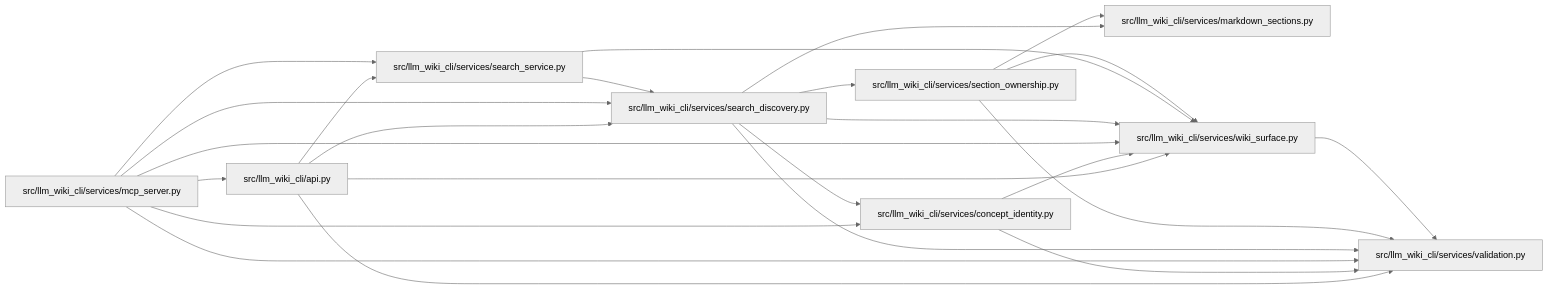
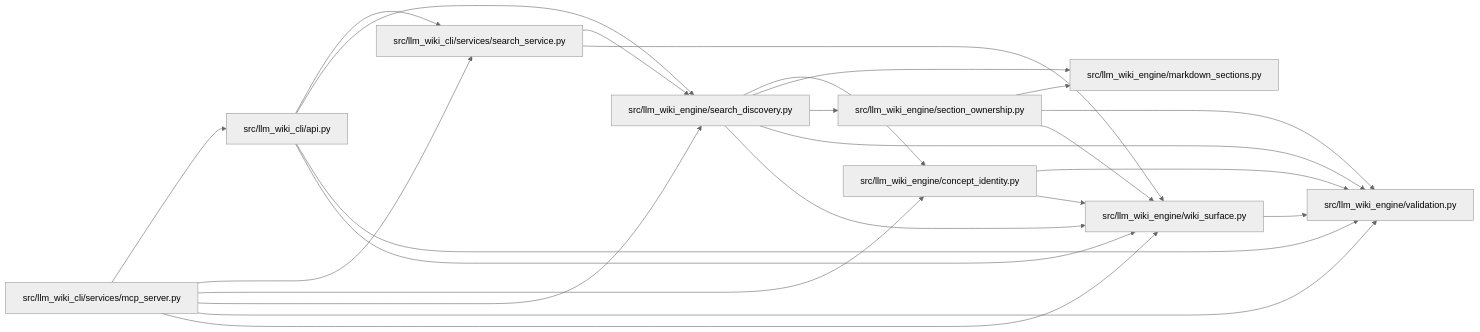
The diagram in docs/llm_wiki/modules/search_discovery.md (Denissvgn/python-wiki-llm), drawn with Mermaid (neutral theme) before and after one commit. The commit also changed other lines of this file and 1103 other files, not shown here.

First line of the commit message:
docs: refresh the wiki for the llm-wiki-engine distribution

````diff
--- a/docs/llm_wiki/modules/search_discovery.md
+++ b/docs/llm_wiki/modules/search_discovery.md
@@ -29,44 +29,44 @@
 ```mermaid
 flowchart LR
     n0["src/llm_wiki_cli/api.py"]
-    n1["src/llm_wiki_cli/services/concept_identity.py"]
-    n2["src/llm_wiki_cli/services/markdown_sections.py"]
-    n3["src/llm_wiki_cli/services/mcp_server.py"]
-    n4["src/llm_wiki_cli/services/search_discovery.py"]
-    n5["src/llm_wiki_cli/services/search_service.py"]
-    n6["src/llm_wiki_cli/services/section_ownership.py"]
-    n7["src/llm_wiki_cli/services/validation.py"]
-    n8["src/llm_wiki_cli/services/wiki_surface.py"]
-    n0 --> n4
+    n1["src/llm_wiki_cli/services/mcp_server.py"]
+    n2["src/llm_wiki_cli/services/search_service.py"]
+    n3["src/llm_wiki_engine/concept_identity.py"]
+    n4["src/llm_wiki_engine/markdown_sections.py"]
+    n5["src/llm_wiki_engine/search_discovery.py"]
+    n6["src/llm_wiki_engine/section_ownership.py"]
+    n7["src/llm_wiki_engine/validation.py"]
+    n8["src/llm_wiki_engine/wiki_surface.py"]
+    n0 --> n2
     n0 --> n5
     n0 --> n7
     n0 --> n8
+    n1 --> n0
+    n1 --> n2
+    n1 --> n3
+    n1 --> n5
     n1 --> n7
     n1 --> n8
-    n3 --> n0
-    n3 --> n1
-    n3 --> n4
-    n3 --> n5
+    n2 --> n5
+    n2 --> n8
     n3 --> n7
     n3 --> n8
-    n4 --> n1
-    n4 --> n2
-    n4 --> n6
-    n4 --> n7
-    n4 --> n8
+    n5 --> n3
     n5 --> n4
+    n5 --> n6
+    n5 --> n7
     n5 --> n8
-    n6 --> n2
+    n6 --> n4
     n6 --> n7
     n6 --> n8
     n8 --> n7
     click n0 "../modules/api.md"
-    click n1 "../modules/concept_identity.md"
-    click n2 "../modules/markdown_sections.md"
-    click n3 "../modules/mcp_server.md"
-    click n4 "../modules/search_discovery.md"
-    click n5 "../modules/search_service.md"
+    click n1 "../modules/mcp_server.md"
+    click n2 "../modules/search_service.md"
+    click n3 "../modules/concept_identity.md"
+    click n4 "../modules/markdown_sections.md"
+    click n5 "../modules/search_discovery.md"
     click n6 "../modules/section_ownership.md"
     click n7 "../modules/validation.md"
     click n8 "../modules/wiki_surface.md"
 ```
````
